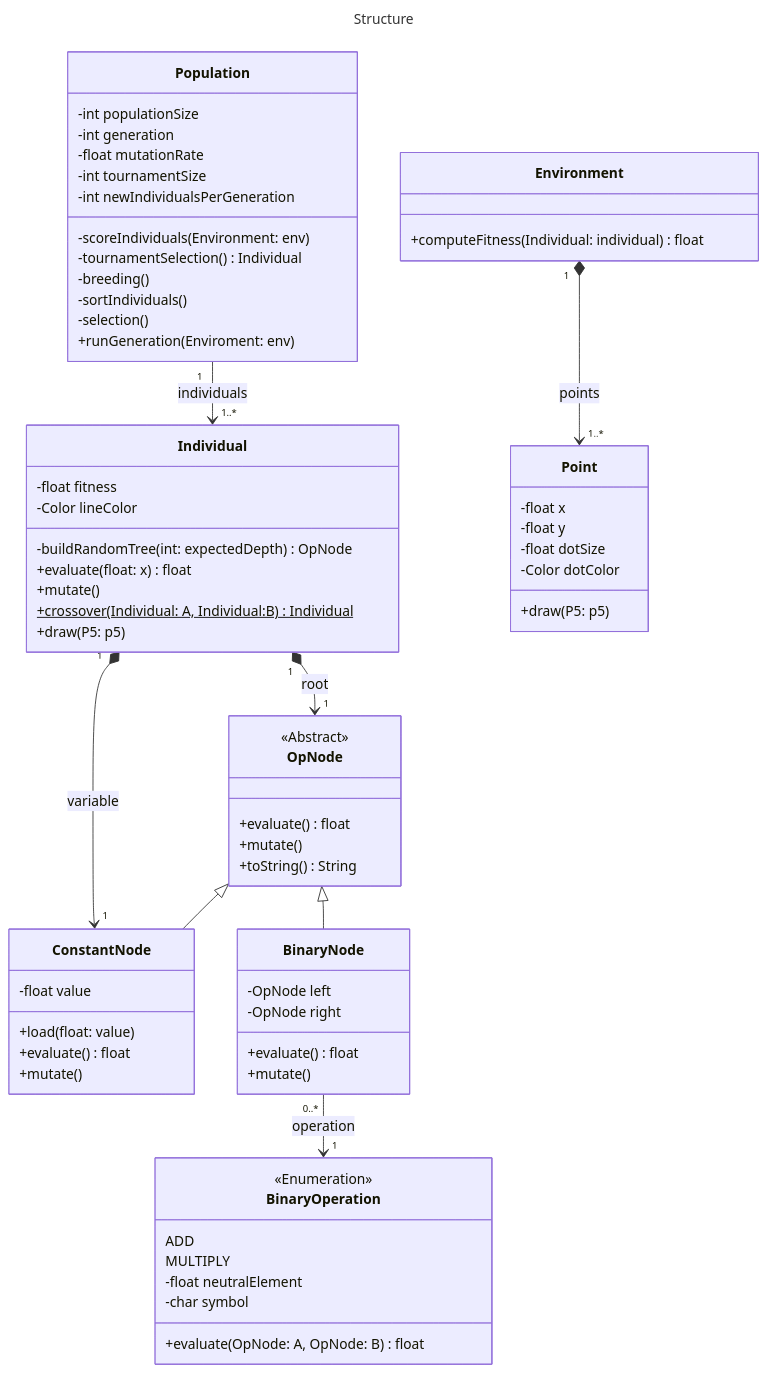
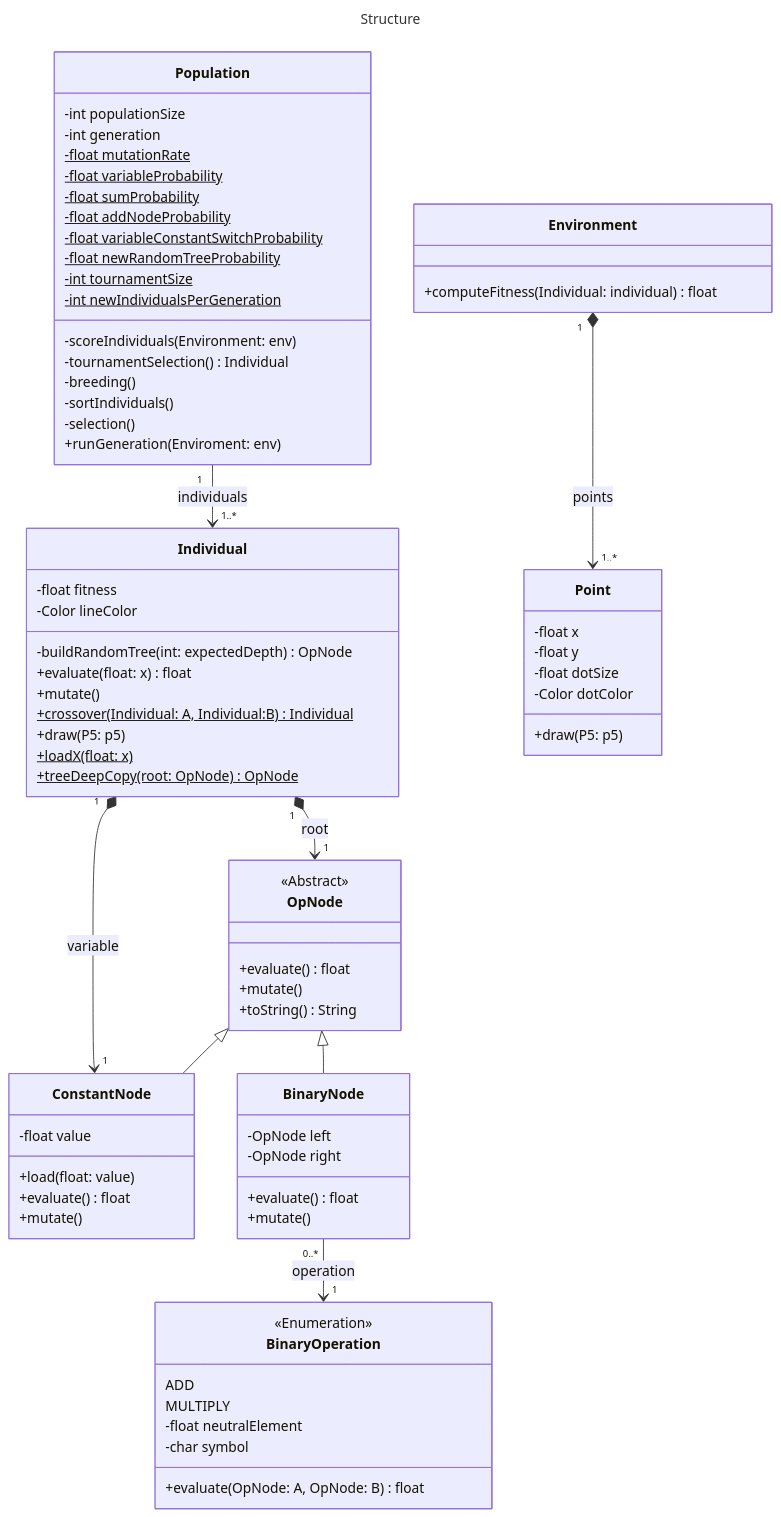
Before and after one commit to PaoloGinefra/GeneticProgrammingSimpleRegression: the diagram in README.md, drawn with Mermaid. The commit also changed 6 other files, not shown here.

```diff
--- a/README.md
+++ b/README.md
@@ -14,9 +14,14 @@
     class Population{
         -int populationSize
         -int generation
-        -float mutationRate
-        -int tournamentSize
-        -int newIndividualsPerGeneration
+        -float mutationRate$
+        -float variableProbability$
+        -float sumProbability$
+        -float addNodeProbability$
+        -float variableConstantSwitchProbability$
+        -float newRandomTreeProbability$
+        -int tournamentSize$
+        -int newIndividualsPerGeneration$
         -scoreIndividuals(Environment: env)
         -tournamentSelection() Individual
         -breeding()
@@ -37,6 +42,8 @@
         +mutate()
         +crossover(Individual: A, Individual:B) Individual$
         +draw(P5: p5)
+        +loadX(float: x)$
+        +treeDeepCopy(root: OpNode) OpNode$
     }
 
     Individual "1" *--> "1" OpNode : root
```
